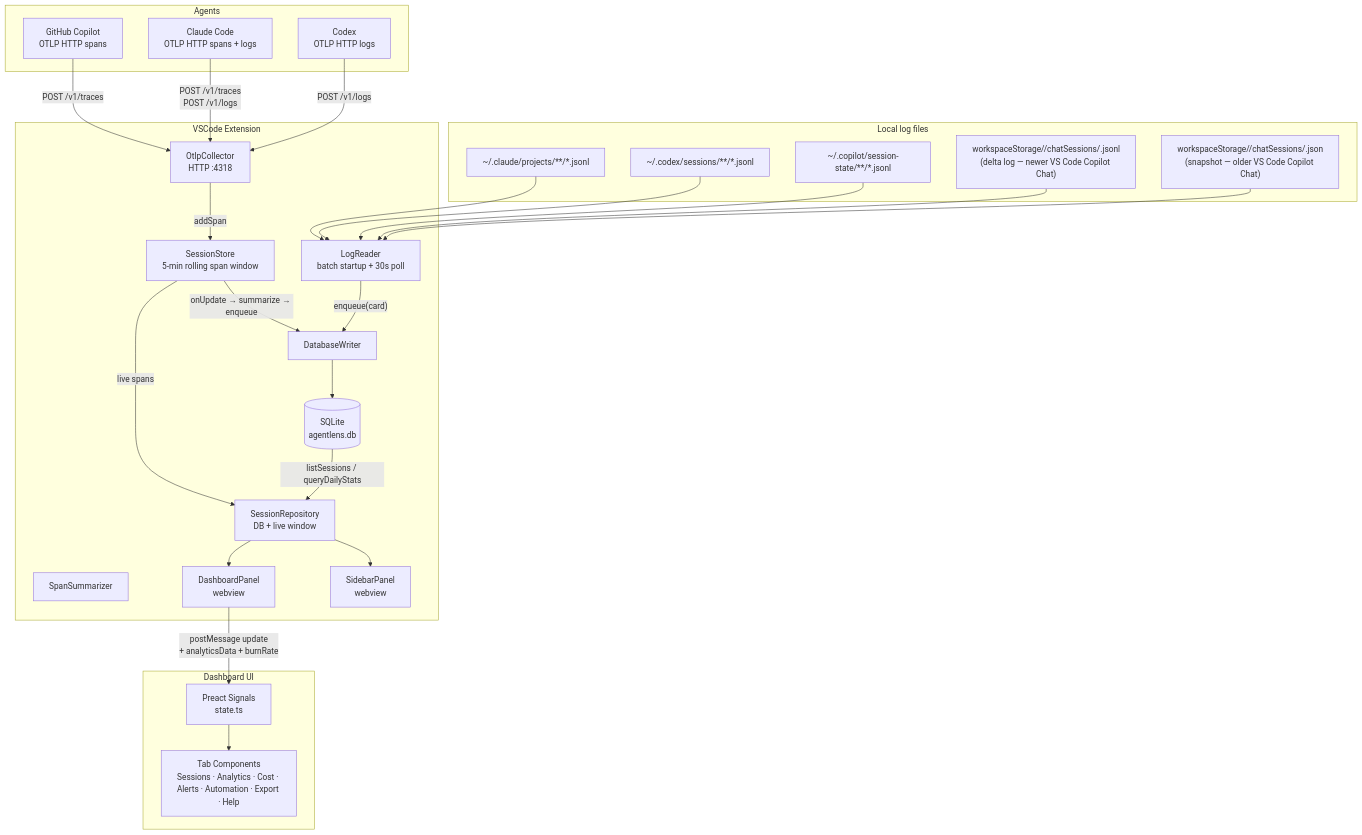
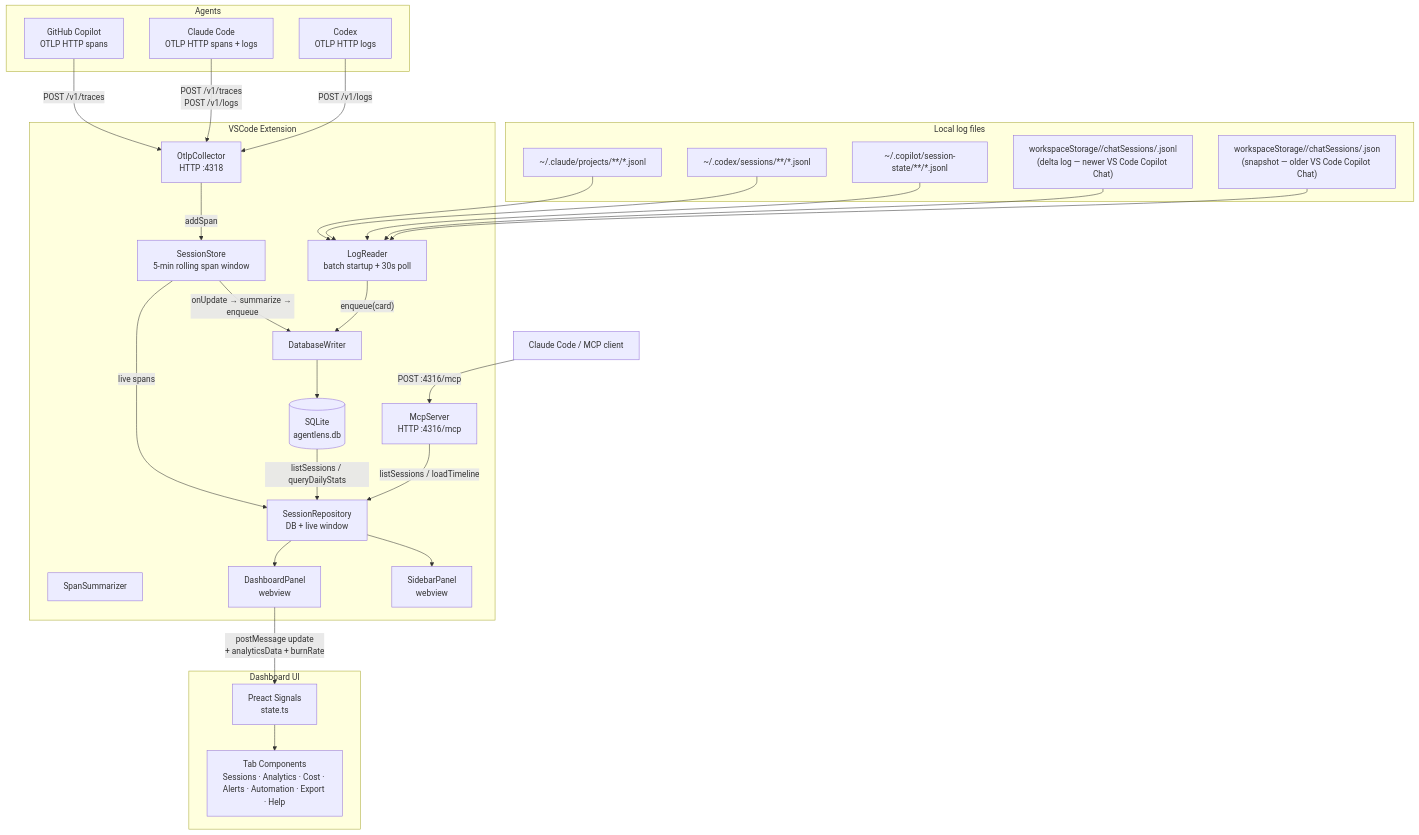
The first of 19 diagrams in ARCHITECTURE.md (RogerReed/agentlens), drawn with Mermaid before and after one commit. The commit also changed 7 other files, not shown here.

First line of the commit message:
feat: AgentLens MCP server — expose session history to Claude Code

````diff
--- a/ARCHITECTURE.md
+++ b/ARCHITECTURE.md
@@ -27,52 +27,56 @@
 ```mermaid
 graph TB
     subgraph Agents
         CP[GitHub Copilot<br/>OTLP HTTP spans]
         CC[Claude Code<br/>OTLP HTTP spans + logs]
         CX[Codex<br/>OTLP HTTP logs]
     end
 
     subgraph LocalLogs["Local log files"]
         CL_LOGS["~/.claude/projects/**/*.jsonl"]
         CX_LOGS["~/.codex/sessions/**/*.jsonl"]
         CP_LOGS["~/.copilot/session-state/**/*.jsonl"]
         CP_VS["workspaceStorage/<hash>/chatSessions/<uuid>.jsonl<br/>(delta log — newer VS Code Copilot Chat)"]
         CP_JSON["workspaceStorage/<hash>/chatSessions/<uuid>.json<br/>(snapshot — older VS Code Copilot Chat)"]
     end
 
     subgraph VSCode Extension
         COL[OtlpCollector<br/>HTTP :4318]
         LR[LogReader<br/>batch startup + 30s poll]
         STO[SessionStore<br/>5-min rolling span window]
         SUM[SpanSummarizer]
         WRI[DatabaseWriter]
         DB[(SQLite<br/>agentlens.db)]
         REPO[SessionRepository<br/>DB + live window]
+        MCP[McpServer<br/>HTTP :4316/mcp]
         SID[SidebarPanel<br/>webview]
         DASH[DashboardPanel<br/>webview]
     end
+
+    AGENT_MCP[Claude Code / MCP client] -- "POST :4316/mcp" --> MCP
+    MCP -- listSessions / loadTimeline --> REPO
 
     subgraph Dashboard UI
         STATE[Preact Signals<br/>state.ts]
         TABS[Tab Components<br/>Sessions · Analytics · Cost · Alerts · Automation · Export · Help]
     end
 
     CP -- "POST /v1/traces" --> COL
     CC -- "POST /v1/traces<br/>POST /v1/logs" --> COL
     CX -- "POST /v1/logs" --> COL
 
     COL -- addSpan --> STO
     STO -- onUpdate → summarize → enqueue --> WRI
 
     CL_LOGS & CX_LOGS & CP_LOGS & CP_VS & CP_JSON --> LR
     LR -- "enqueue(card)" --> WRI
 
     WRI --> DB
     DB -- listSessions / queryDailyStats --> REPO
     STO -- live spans --> REPO
     REPO --> SID
     REPO --> DASH
 
     DASH -- "postMessage update<br/>+ analyticsData + burnRate" --> STATE
     STATE --> TABS
 ```
````
